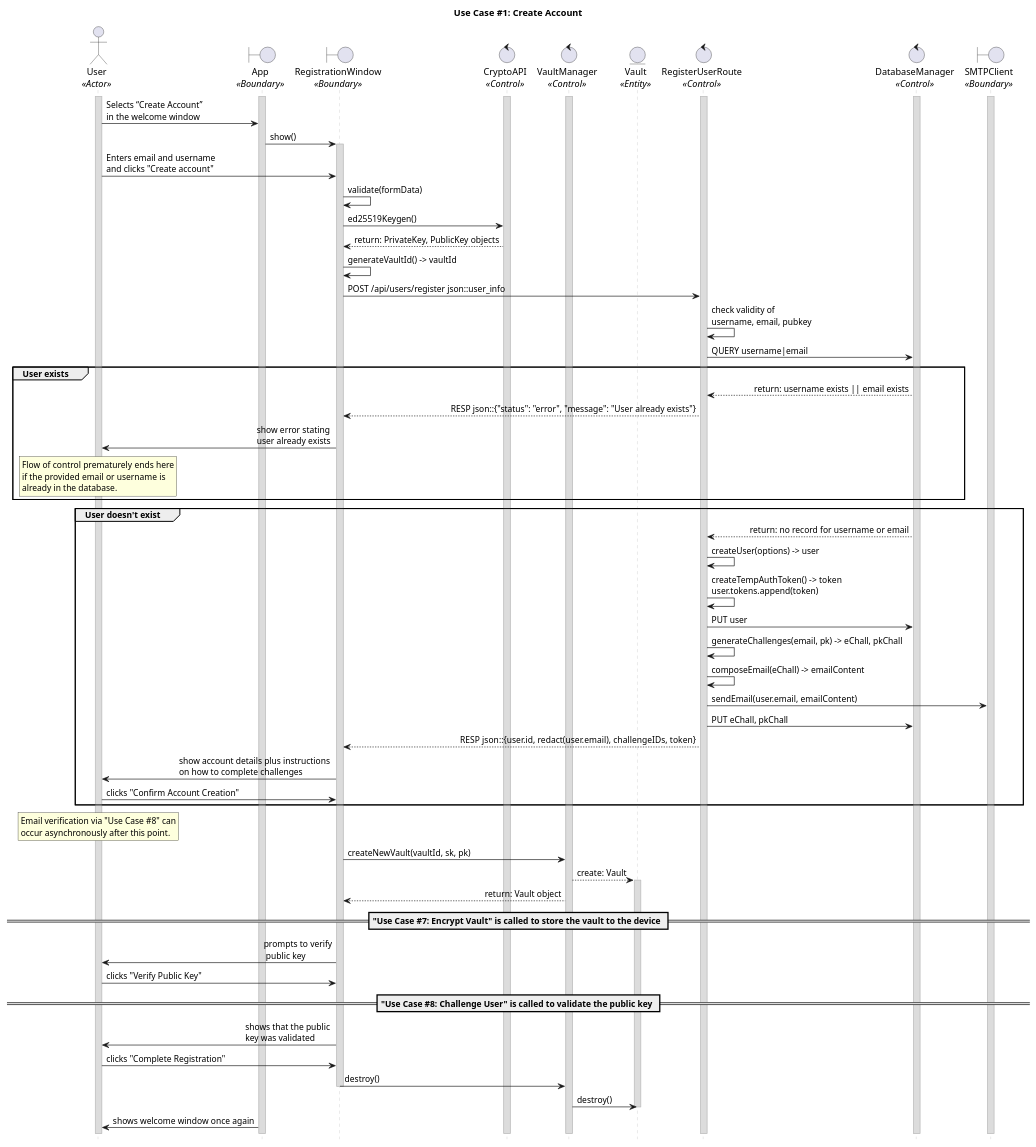
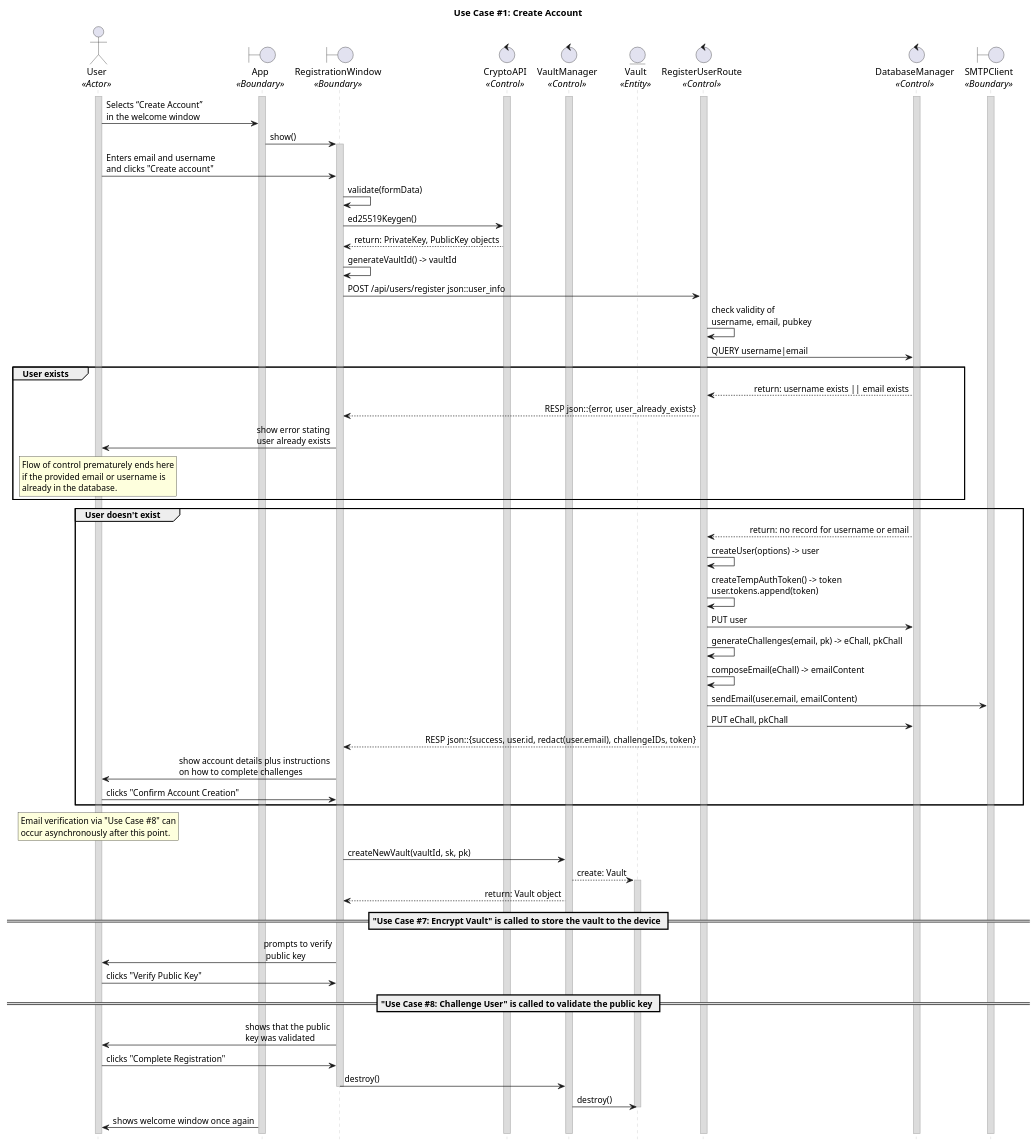
One commit to CECS-491-SP24-Group-1/seq-diagrams changed the diagram in uc_01.puml. Above: the diagram before and after it, drawn with PlantUML. The commit also changed 5 other files, not shown here.

```diff
--- a/uc_01.puml
+++ b/uc_01.puml
@@ -1,119 +1,119 @@
 @startuml uc01
 title "Use Case #1: Create Account"
 
 
 'Styling goes here
 hide footbox
 skinparam stereotypePosition bottom
 skinparam sequenceMessageAlign direction
 skinparam sequence {
 	LifeLineBorderColor #Silver
 	LifeLineBackgroundColor #Gainsboro
 }
 
 'Setup the objects involved here
 actor User as u <<Actor>>
 boundary App as a <<Boundary>>
 boundary RegistrationWindow as rw <<Boundary>>
 control CryptoAPI as ca <<Control>>
 control VaultManager as vm <<Control>>
 entity Vault as v <<Entity>>
 control RegisterUserRoute as rur <<Control>>
 control DatabaseManager as db <<Control>>
 boundary SMTPClient as sc <<Boundary>>
 
 'Setup persistent objects here
 activate u 
 activate a
 activate ca
 activate vm
 activate rur
 activate db
 activate sc
 
 '--- FLOW OF CONTROL STARTS HERE ---
 'User selects “Create Account” on the front page.
 u -> a: Selects “Create Account” \nin the welcome window
 
 'System shows a form to create the account.
 a -> rw: show()
 activate rw
 
 'User enters email address, username. User clicks “Create Account” button.
 u -> rw: Enters email and username \nand clicks "Create account"
 rw -> rw: validate(formData)
 
 'User’s device generates a UUID for the user and vault, timestamp, crypto key pair, and an identifier for the vault.
 rw -> ca: ed25519Keygen()
 ca --> rw: return: PrivateKey, PublicKey objects
 rw -> rw: generateVaultId() -> vaultId
 
 'User’s device sends the UUID of the user, timestamp, and generated public key to the server. The private key stays on the device for security reasons (CRITICAL).
 rw -> rur: POST /api/users/register json::user_info
 
 'Server checks if the account already exists
 rur -> rur: check validity of \nusername, email, pubkey
 rur -> db: QUERY username|email
 
 group User exists
 	db --> rur: return: username exists || email exists
-	rur --> rw: RESP json::{"status": "error", "message": "User already exists"}
+	rur --> rw: RESP json::{error, user_already_exists}
 	rw -> u: show error stating \nuser already exists
 	rnote over u
 	Flow of control prematurely ends here
 	if the provided email or username is
 	already in the database.
 	endrnote
 end
 
 group User doesn't exist
 	'Server creates the user and issues a temporary access token
 	db --> rur: return: no record for username or email
 	rur -> rur: createUser(options) -> user
 	rur -> rur: createTempAuthToken() -> token \nuser.tokens.append(token)
 	rur -> db: PUT user
 	rur -> rur: generateChallenges(email, pk) -> eChall, pkChall
 
 	'Server sends an email to the user to confirm creation of the account.
 	rur -> rur: composeEmail(eChall) -> emailContent
 	rur -> sc: sendEmail(user.email, emailContent)
 	rur -> db: PUT eChall, pkChall
 
 	'Server sends the response back and it's confirmed.
-	rur --> rw: RESP json::{user.id, redact(user.email), challengeIDs, token}
+	rur --> rw: RESP json::{success, user.id, redact(user.email), challengeIDs, token}
 	rw -> u: show account details plus instructions \non how to complete challenges
 	u -> rw: clicks "Confirm Account Creation"
 end
 
 rnote over u
 Email verification via "Use Case #8" can
 occur asynchronously after this point.
 endrnote
 
 'User’s device creates a vault with the details provided by the user and the data that was generated.
 rw -> vm: createNewVault(vaultId, sk, pk)
 vm --> v: create: Vault
 activate v
 vm --> rw: return: Vault object
 
 == "Use Case #7: Encrypt Vault" is called to store the vault to the device ==
 
 'User begins the challenge process
 rw -> u: prompts to verify\n public key
 u -> rw: clicks "Verify Public Key"
 
 == "Use Case #8: Challenge User" is called to validate the public key ==
 
 'In-app challenges are completed
 rw -> u: shows that the public \nkey was validated
 u -> rw: clicks "Complete Registration"
 rw -> vm: destroy()
 deactivate rw
 vm -> v: destroy()
 deactivate v
 
 'Cleanup
 a -> u: shows welcome window once again
 '--- FLOW OF CONTROL ENDS HERE   ---
 
 @enduml
```
